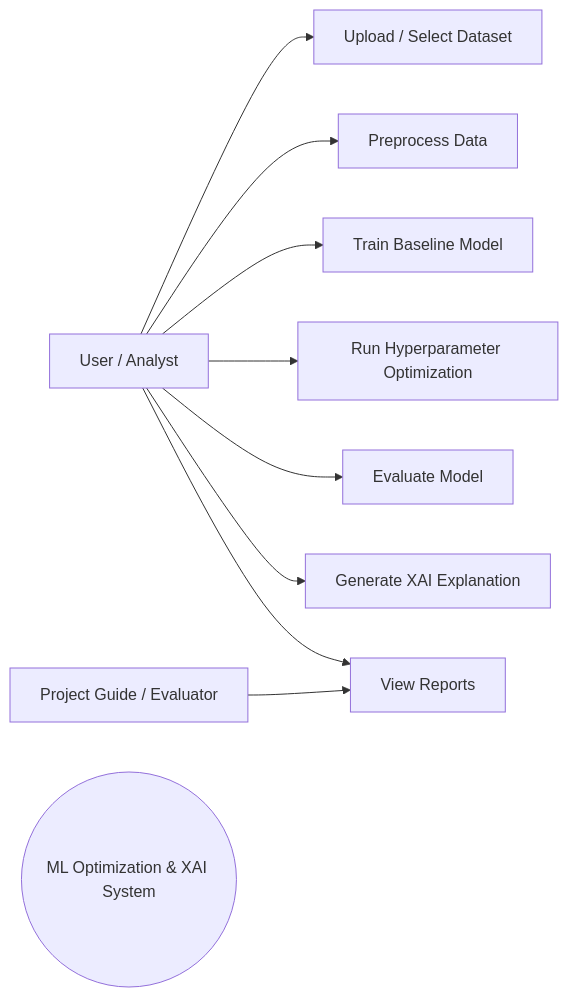
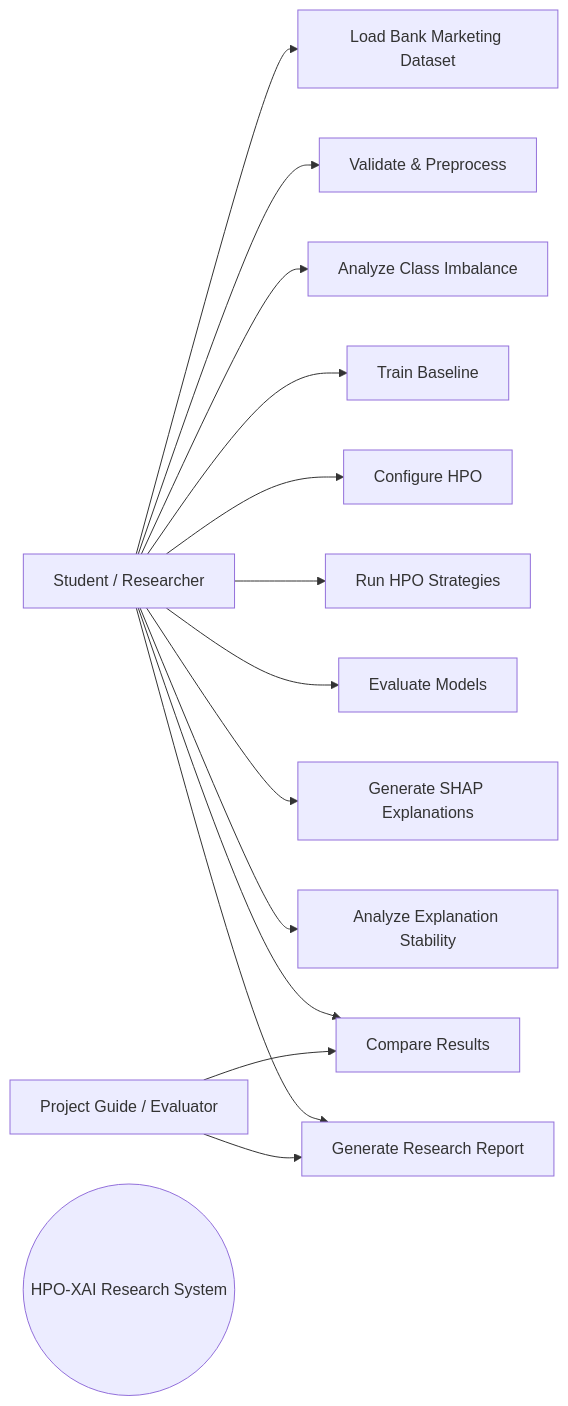
The first of 6 diagrams in docs/SEPM/07_UML_Diagrams.md (harshkhamkar26/Hyperparameter-Optimization-XAI), drawn with Mermaid before and after one commit. The commit also changed other lines of this file, not shown here.

Commit message:
Update UML diagrams for final Bank Marketing research workflow

````diff
--- a/docs/SEPM/07_UML_Diagrams.md
+++ b/docs/SEPM/07_UML_Diagrams.md
@@ -5,21 +5,30 @@
 ```mermaid
 flowchart LR
-    U[User / Analyst]
+    U[Student / Researcher]
     G[Project Guide / Evaluator]
-    S((ML Optimization & XAI System))
-    A[Upload / Select Dataset]
-    B[Preprocess Data]
-    C[Train Baseline Model]
-    D[Run Hyperparameter Optimization]
-    E[Evaluate Model]
-    F[Generate XAI Explanation]
-    H[View Reports]
+    S((HPO-XAI Research System))
+    A[Load Bank Marketing Dataset]
+    B[Validate & Preprocess]
+    C[Analyze Class Imbalance]
+    D[Train Baseline]
+    E[Configure HPO]
+    F[Run HPO Strategies]
+    H[Evaluate Models]
+    I[Generate SHAP Explanations]
+    J[Analyze Explanation Stability]
+    K[Compare Results]
+    L[Generate Research Report]
     U --> A
     U --> B
     U --> C
     U --> D
     U --> E
     U --> F
     U --> H
-    G --> H
+    U --> I
+    U --> J
+    U --> K
+    U --> L
+    G --> K
+    G --> L
 ```
````
